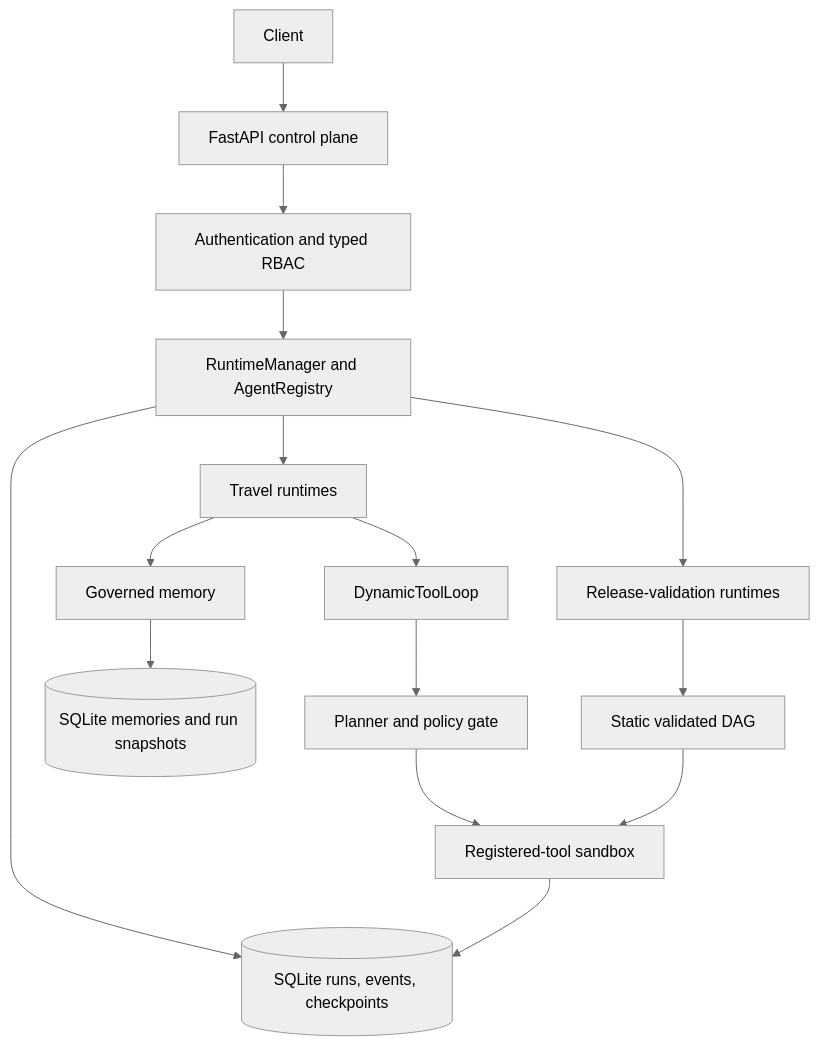
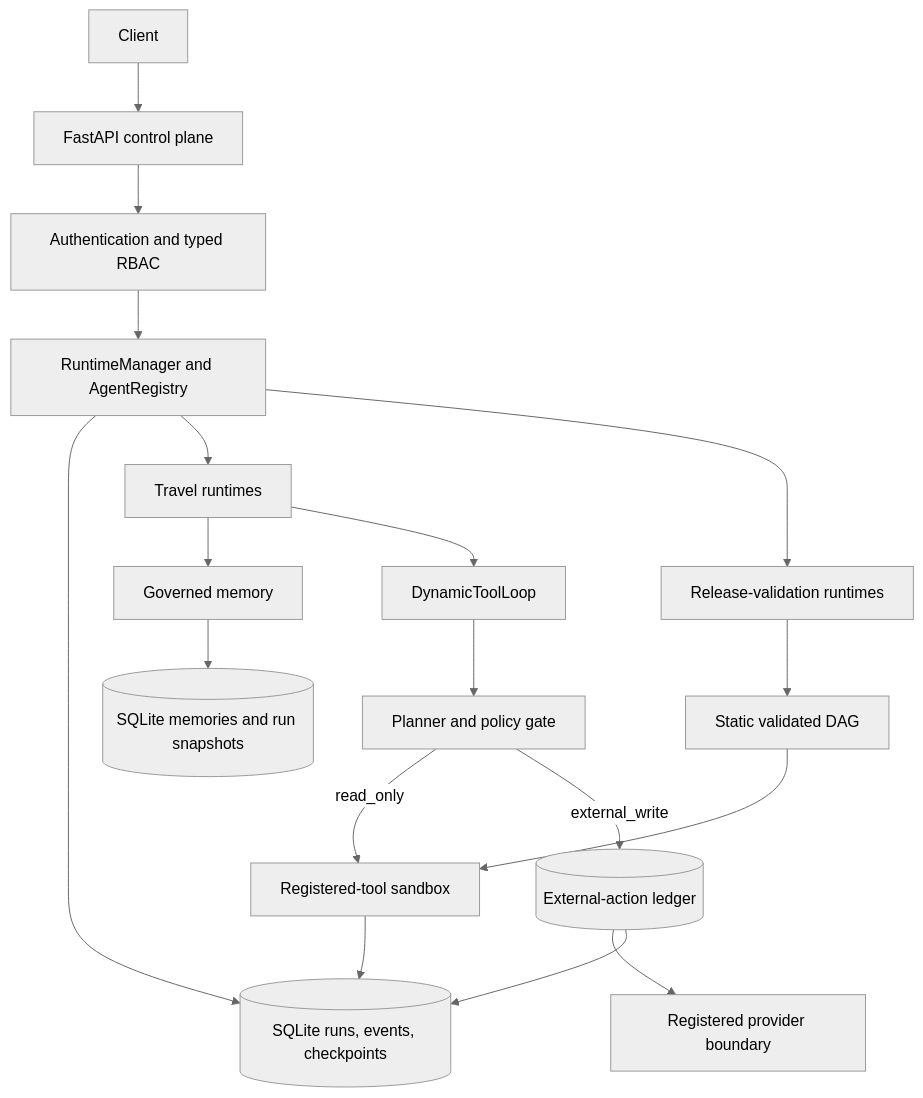
The first of 2 diagrams in README.md (YingzuoLiu/agent-runtime-platform), drawn with Mermaid (neutral theme) before and after one commit. The commit also changed other lines of this file and 29 other files, not shown here.

Commit message:
feat: add durable external action execution

````diff
--- a/README.md
+++ b/README.md
@@ -144,17 +160,20 @@
 ```mermaid
 flowchart TB
     C[Client] --> A[FastAPI control plane]
     A --> I[Authentication and typed RBAC]
     I --> M[RuntimeManager and AgentRegistry]
     M --> S[(SQLite runs, events, checkpoints)]
     M --> T[Travel runtimes]
     M --> R[Release-validation runtimes]
     T --> X[Governed memory]
     X --> Q[(SQLite memories and run snapshots)]
     T --> L[DynamicToolLoop]
     R --> G[Static validated DAG]
     L --> P[Planner and policy gate]
-    P --> B[Registered-tool sandbox]
+    P -->|read_only| B[Registered-tool sandbox]
+    P -->|external_write| E[(External-action ledger)]
+    E --> V[Registered provider boundary]
     G --> B
     B --> S
+    E --> S
 ```
````
